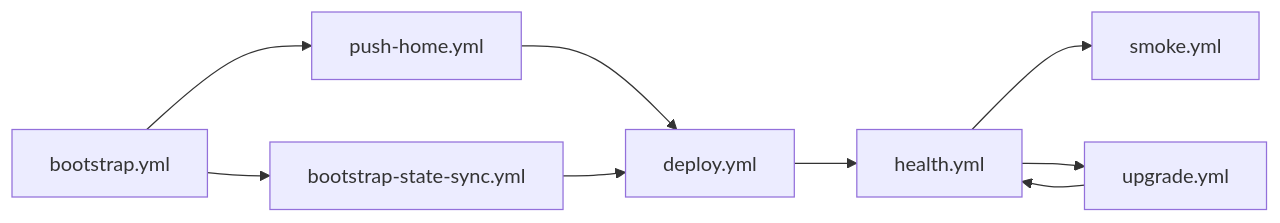
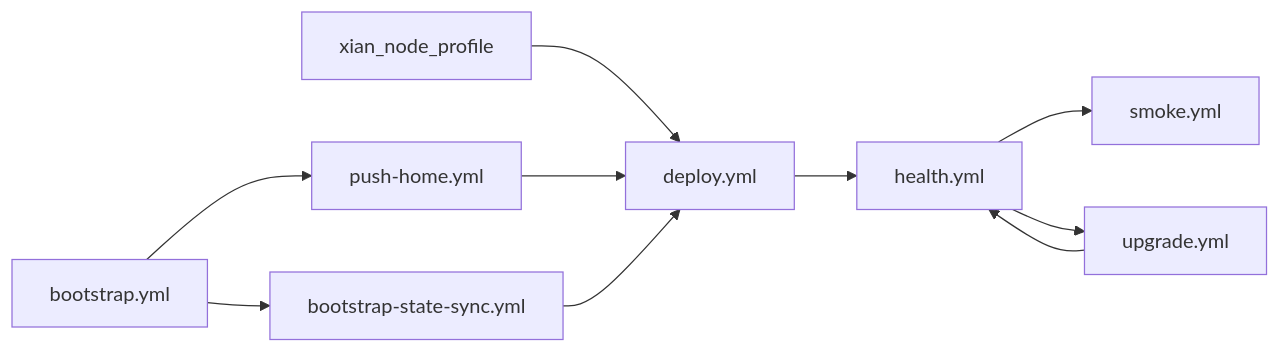
The diagram in playbooks/README.md (xian-technology/xian-deploy), drawn with Mermaid before and after one commit. The commit also changed 42 other files, not shown here.

Commit message:
Deploy node profiles directly

````diff
--- a/playbooks/README.md
+++ b/playbooks/README.md
@@ -23,11 +23,12 @@
 ```mermaid
 flowchart LR
+  Profile["xian_node_profile"] --> Deploy["deploy.yml"]
   Bootstrap["bootstrap.yml"] --> Home["push-home.yml"]
   Bootstrap --> StateSync["bootstrap-state-sync.yml"]
   Home --> Deploy["deploy.yml"]
   StateSync --> Deploy
   Deploy --> Health["health.yml"]
   Health --> Smoke["smoke.yml"]
   Health --> Upgrade["upgrade.yml"]
   Upgrade --> Health
 ```
````
